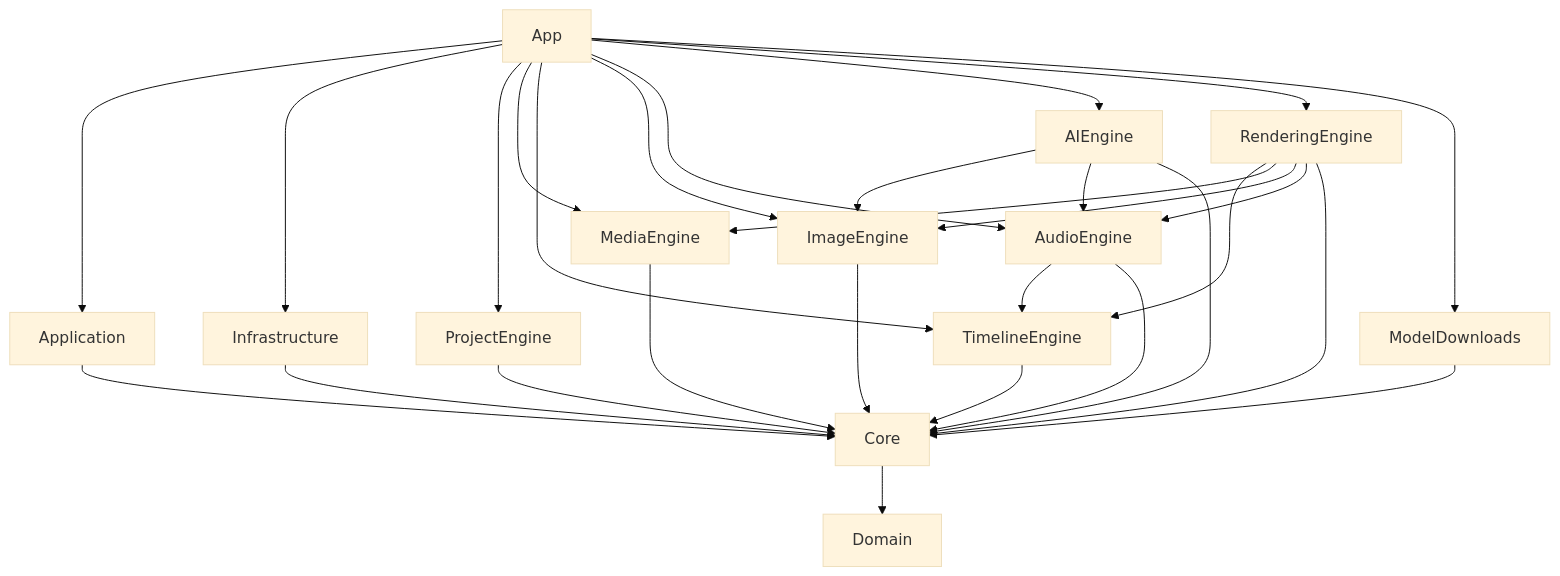
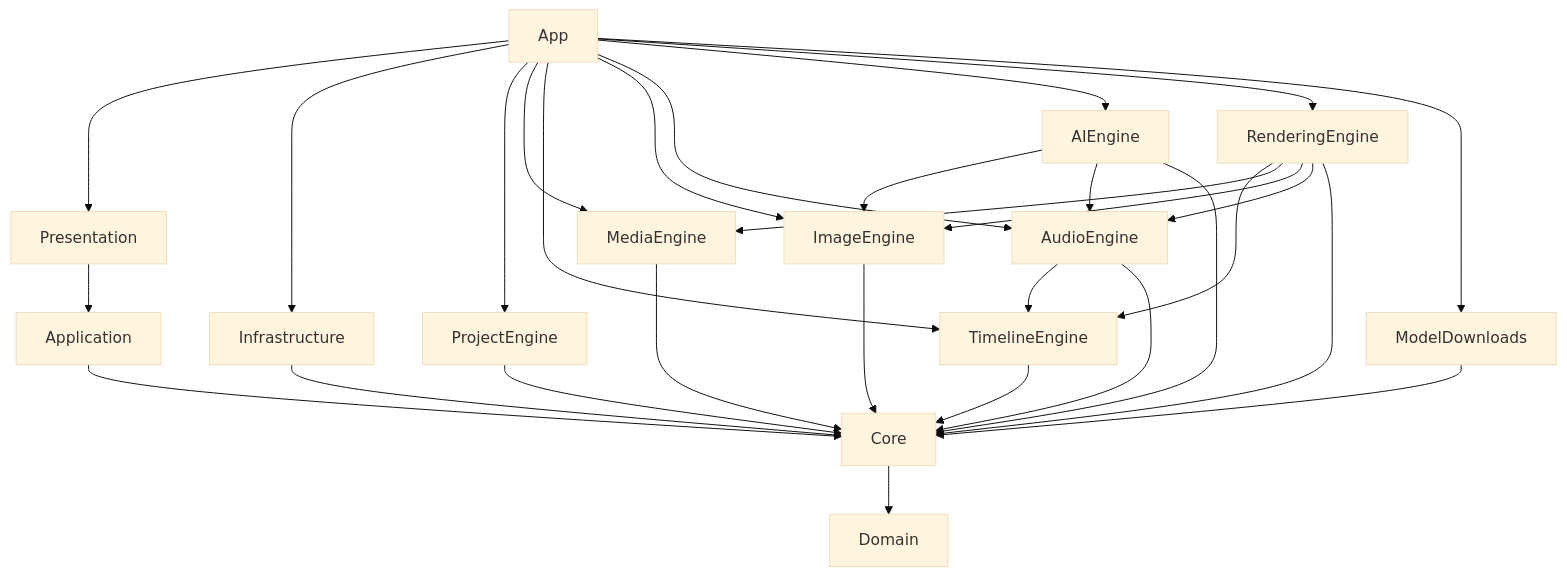
The diagram in documentation/DOCUMENTACAO_TECNICA.md (DiegoMendesRodrigues/Meu-Editor-de-Video), drawn with Mermaid (base theme) before and after one commit. The commit also changed other lines of this file and 155 other files, not shown here.

````diff
--- a/documentation/DOCUMENTACAO_TECNICA.md
+++ b/documentation/DOCUMENTACAO_TECNICA.md
@@ -63,33 +64,34 @@
 ```mermaid
 graph TD
-    App --> Application
+    App --> Presentation
+    Presentation --> Application
     App --> Infrastructure
     App --> ProjectEngine
     App --> MediaEngine
     App --> TimelineEngine
     App --> ImageEngine
     App --> AudioEngine
     App --> AIEngine
     App --> RenderingEngine
     App --> ModelDownloads
 
     RenderingEngine --> TimelineEngine
     RenderingEngine --> MediaEngine
     RenderingEngine --> ImageEngine
     RenderingEngine --> AudioEngine
     RenderingEngine --> Core
     AIEngine --> ImageEngine
     AIEngine --> AudioEngine
     AIEngine --> Core
     AudioEngine --> TimelineEngine
     AudioEngine --> Core
 
     Application --> Core
     Infrastructure --> Core
     ProjectEngine --> Core
     MediaEngine --> Core
     ImageEngine --> Core
     TimelineEngine --> Core
     ModelDownloads --> Core
     Core --> Domain
 ```
````
